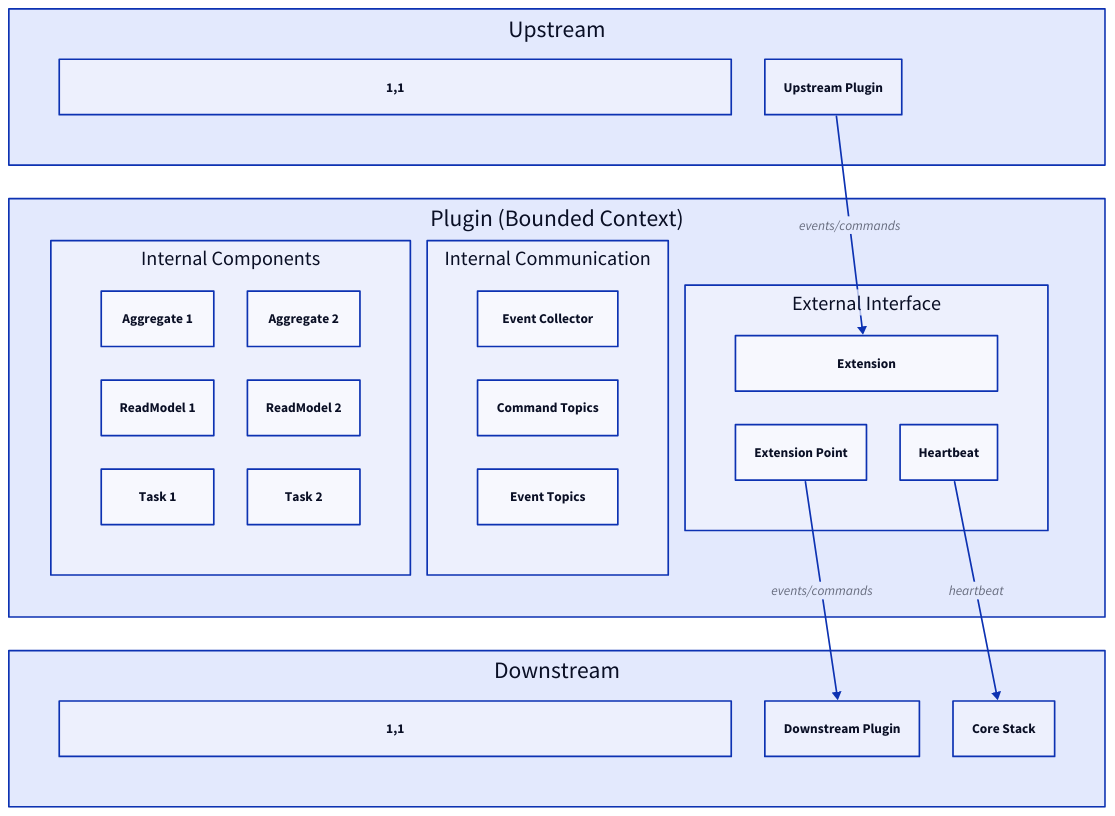
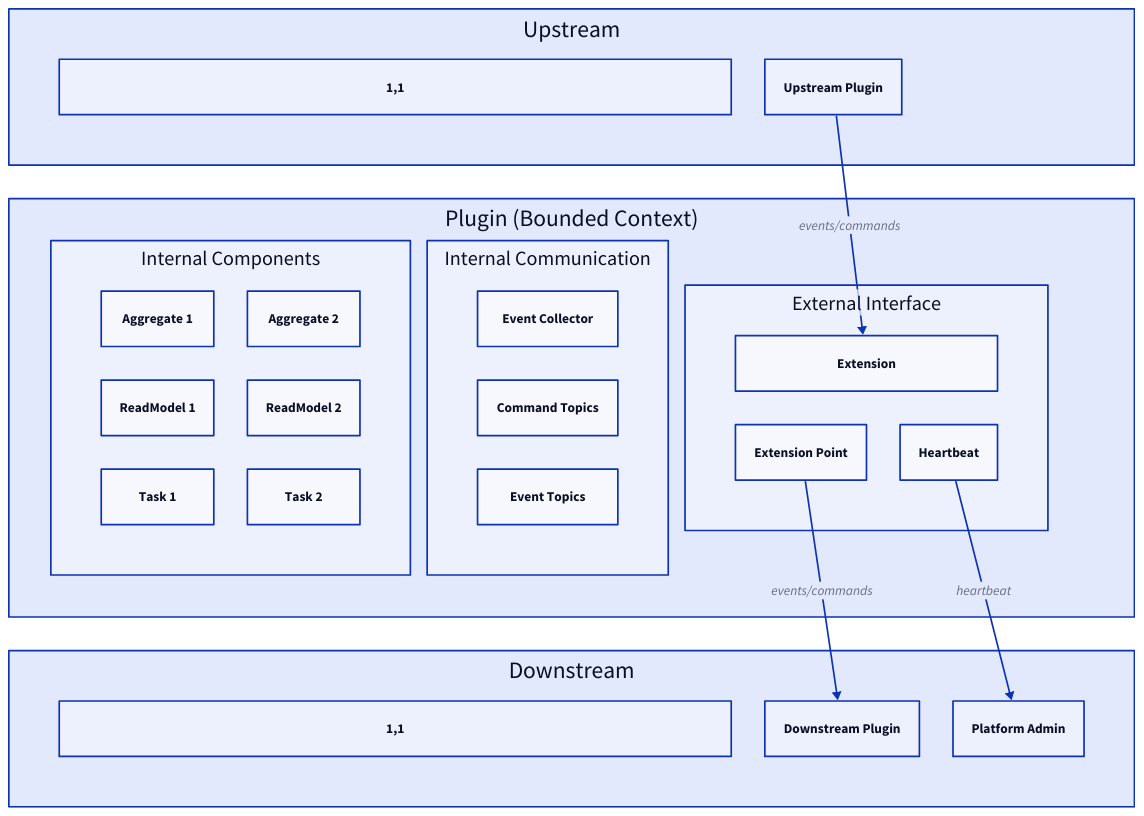
One commit to ReventlessDev/reventless-core changed the first of 5 diagrams in packages/doc/docs-app/components/plugin.md. Above: the diagram before and after it, drawn with D2. The commit also changed other lines of this file and 92 other files, not shown here.

````diff
--- a/packages/doc/docs-app/components/plugin.md
+++ b/packages/doc/docs-app/components/plugin.md
@@ -17,59 +17,59 @@
 ```d2
 vars: { d2-config: { layout-engine: elk } }
 grid-columns: 1
 
 Upstream: {
   class: invisible
   grid-rows: 1
 
   1,1: { class: placeholder; width: 800 }
   # 1,2: X
   Plugin: Upstream Plugin { class: plugin }
 }
 
 Plugin: "Plugin (Bounded Context)" {
   class: plugin-area
 
   Components: Internal Components {
     class: write-side
     grid-rows: 3
     Agg1: Aggregate 1 { class: aggregate }
     Agg2: Aggregate 2 { class: aggregate }
     RM1: ReadModel 1 { class: read-model }
     RM2: ReadModel 2 { class: read-model }
     Task1: Task 1 { class: task }
     Task2: Task 2 { class: task }
   }
 
   Communication: Internal Communication {
     class: event-processing-area
     grid-rows: 3
     EC: Event Collector { class: event-collector }
     CT: Command Topics { class: command-topic }
     ET: Event Topics { class: event-topic }
   }
 
   External: External Interface {
     class: plugin-area
     grid-rows: 2
     Ext: Extension { class: extension }
     EP: Extension Point { class: extension-point }
     HB: Heartbeat { class: heartbeat } 
   }
 
 }
 
 Downstream: {
   class: placeholder
   grid-rows: 1
   grid-columns: 3
 
   1,1: { class: placeholder; width: 800 }
   Plugin: Downstream Plugin { class: plugin }
-  CoreStack: Core Stack { class: plugin }
+  Admin: Platform Admin { class: plugin }
 }
 
 Plugin.External.EP -> Downstream.Plugin: events/commands { class: cross-plugin }
 Upstream.Plugin -> Plugin.External.Ext: events/commands { class: cross-plugin }
-Plugin.External.HB -> Downstream.CoreStack: heartbeat
+Plugin.External.HB -> Downstream.Admin: heartbeat
 ```
````
